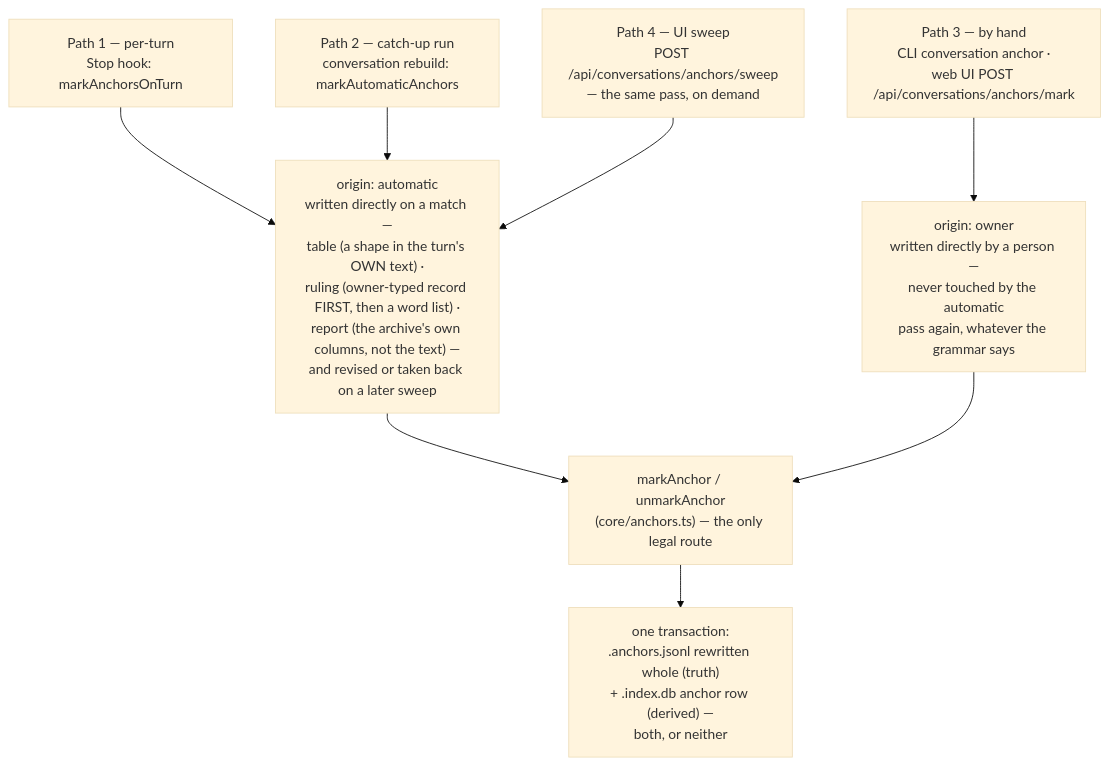
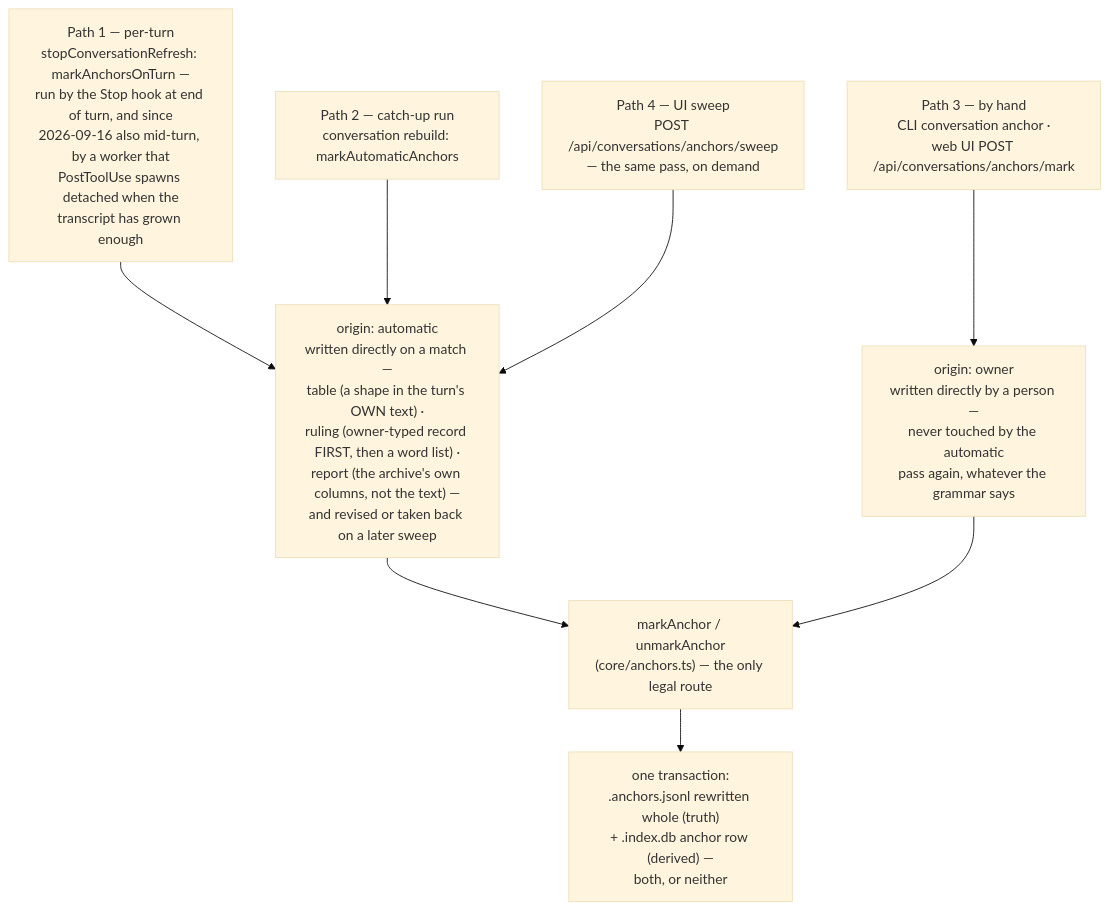
One commit to Dudi-Bar-On/my-context changed the diagram in docs/capabilities/05-anchors.md. Above: the diagram before and after it, drawn with Mermaid (base theme). The commit also changed other lines of this file and 9 other files, not shown here.

````diff
--- a/docs/capabilities/05-anchors.md
+++ b/docs/capabilities/05-anchors.md
@@ -368,10 +413,10 @@
 ```mermaid
 flowchart TD
-  P1["Path 1 — per-turn<br/>Stop hook: markAnchorsOnTurn"] --> AUTO
+  P1["Path 1 — per-turn<br/>stopConversationRefresh: markAnchorsOnTurn —<br/>run by the Stop hook at end of turn, and since<br/>2026-09-16 also mid-turn, by a worker that<br/>PostToolUse spawns detached when the<br/>transcript has grown enough"] --> AUTO
   P2["Path 2 — catch-up run<br/>conversation rebuild: markAutomaticAnchors"] --> AUTO
   P4["Path 4 — UI sweep<br/>POST /api/conversations/anchors/sweep<br/>— the same pass, on demand"] --> AUTO["origin: automatic<br/>written directly on a match —<br/>table (a shape in the turn's OWN text) ·<br/>ruling (owner-typed record FIRST, then a word list) ·<br/>report (the archive's own columns, not the text) —<br/>and revised or taken back on a later sweep"]
   P3["Path 3 — by hand<br/>CLI conversation anchor ·<br/>web UI POST /api/conversations/anchors/mark"] --> OWNER["origin: owner<br/>written directly by a person —<br/>never touched by the automatic<br/>pass again, whatever the grammar says"]
   AUTO --> MARK["markAnchor / unmarkAnchor<br/>(core/anchors.ts) — the only legal route"]
   OWNER --> MARK
   MARK --> TXN["one transaction:<br/>.anchors.jsonl rewritten whole (truth)<br/>+ .index.db anchor row (derived) —<br/>both, or neither"]
 ```
````
